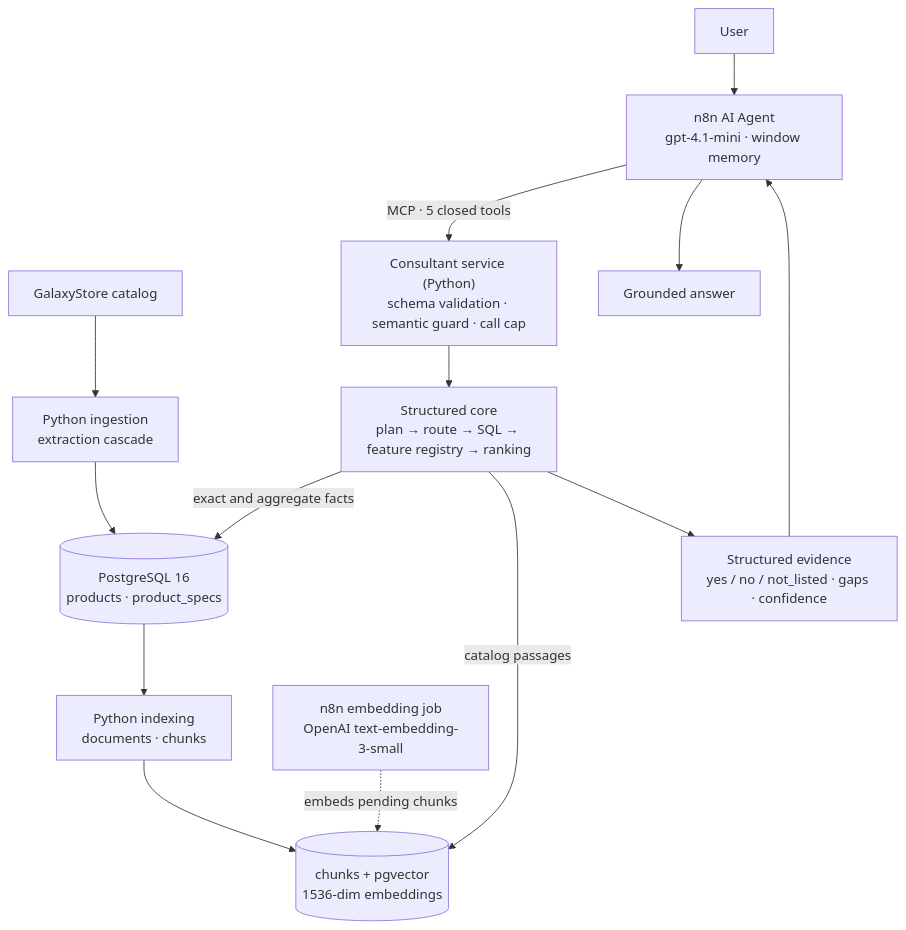
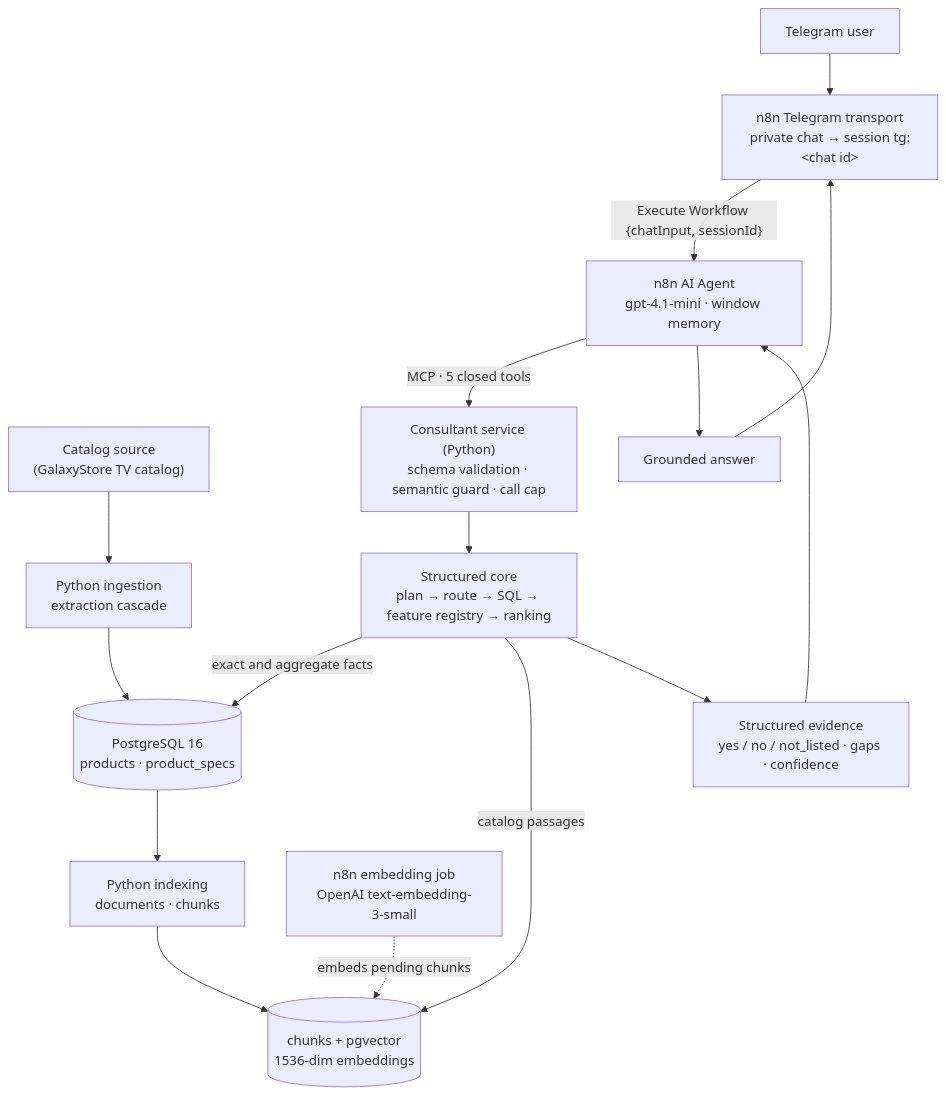
Before and after one commit to rbabashaikhov/ai-automation-lab: the diagram in projects/ai-catalog-consultant/docs/ARCHITECTURE.md, drawn with Mermaid. The commit also changed other lines of this file and 19 other files, not shown here.

````diff
--- a/projects/ai-catalog-consultant/docs/ARCHITECTURE.md
+++ b/projects/ai-catalog-consultant/docs/ARCHITECTURE.md
@@ -12,17 +18,19 @@
 ```mermaid
 flowchart TD
-    GS["GalaxyStore catalog"] --> ING["Python ingestion<br/>extraction cascade"]
+    GS["Catalog source<br/>(GalaxyStore TV catalog)"] --> ING["Python ingestion<br/>extraction cascade"]
     ING --> PG[("PostgreSQL 16<br/>products · product_specs")]
     PG --> IDX["Python indexing<br/>documents · chunks"]
     IDX --> CH[("chunks + pgvector<br/>1536-dim embeddings")]
     EMB["n8n embedding job<br/>OpenAI text-embedding-3-small"] -.->|"embeds pending chunks"| CH
 
-    U["User"] --> AG["n8n AI Agent<br/>gpt-4.1-mini · window memory"]
+    U["Telegram user"] --> TT["n8n Telegram transport<br/>private chat → session tg:&lt;chat id&gt;"]
+    TT -->|"Execute Workflow {chatInput, sessionId}"| AG["n8n AI Agent<br/>gpt-4.1-mini · window memory"]
     AG -->|"MCP · 5 closed tools"| T["Consultant service (Python)<br/>schema validation · semantic guard · call cap"]
     T --> CORE["Structured core<br/>plan → route → SQL → feature registry → ranking"]
     CORE -->|"exact and aggregate facts"| PG
     CORE -->|"catalog passages"| CH
     CORE --> EV["Structured evidence<br/>yes / no / not_listed · gaps · confidence"]
     EV --> AG
     AG --> ANS["Grounded answer"]
+    ANS --> TT
 ```
````
